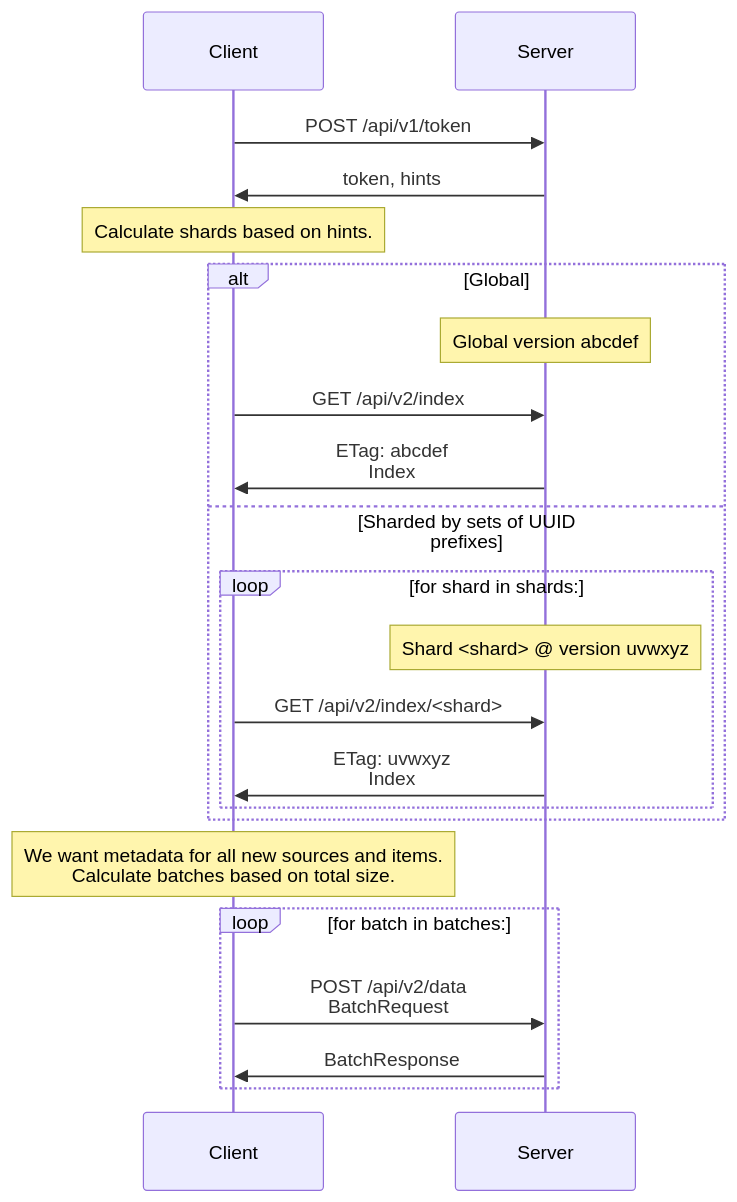
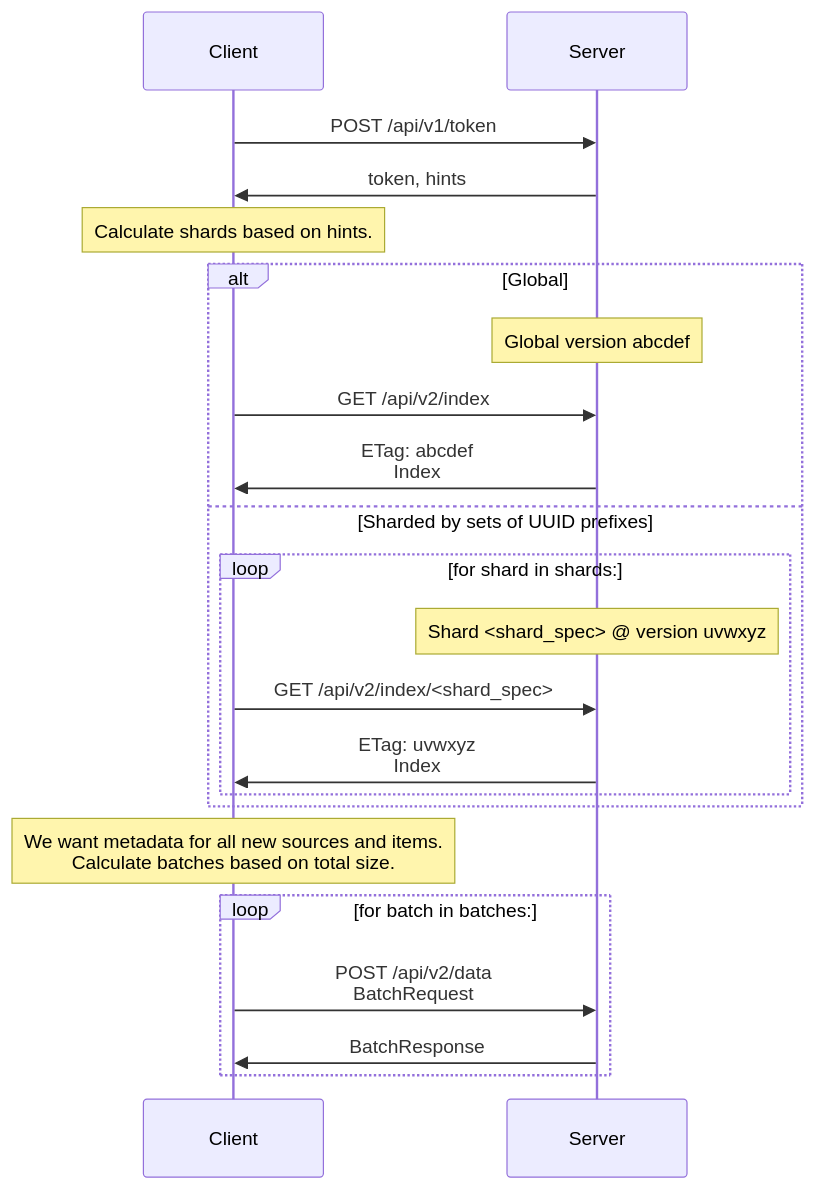
One commit to ppker/securedrop changed the first of 4 diagrams in API2.md. Above: the diagram before and after it, drawn with Mermaid. The commit also changed other lines of this file and 4 other files, not shown here.

Commit message:
refactor: clarify "shard", "shard spec", and "prefix"

````diff
--- a/API2.md
+++ b/API2.md
@@ -77,29 +77,29 @@
 ```mermaid
 sequenceDiagram
 participant Client
 participant Server
 
 Client ->> Server: POST /api/v1/token
 Server ->> Client: token, hints
 
 Note over Client: Calculate shards based on hints.
 
 alt Global
     Note over Server: Global version abcdef
     Client ->> Server: GET /api/v2/index
     Server ->> Client: ETag: abcdef<br>Index
 else Sharded by sets of UUID prefixes
     loop for shard in shards:
-        Note over Server: Shard <shard> @ version uvwxyz
-        Client ->> Server: GET /api/v2/index/<shard>
+        Note over Server: Shard <shard_spec> @ version uvwxyz
+        Client ->> Server: GET /api/v2/index/<shard_spec>
         Server ->> Client: ETag: uvwxyz<br>Index
     end
 end
 
 Note over Client: We want metadata for all new sources and items.<br>Calculate batches based on total size.
 
 loop for batch in batches:
     Client ->> Server: POST /api/v2/data<br>BatchRequest
     Server ->> Client: BatchResponse
 end
 ```
````
